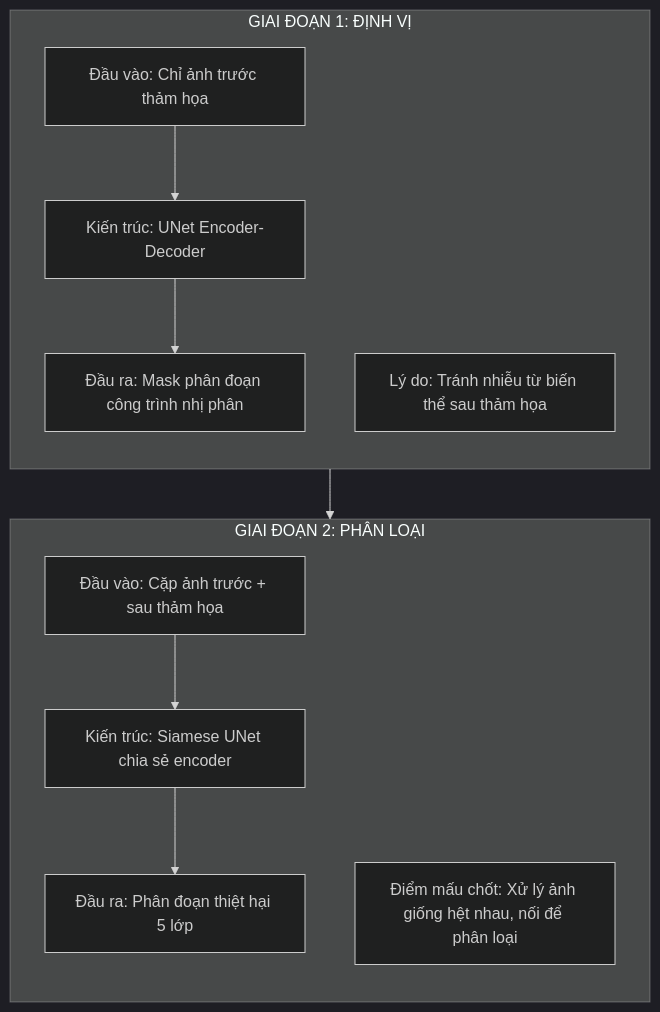
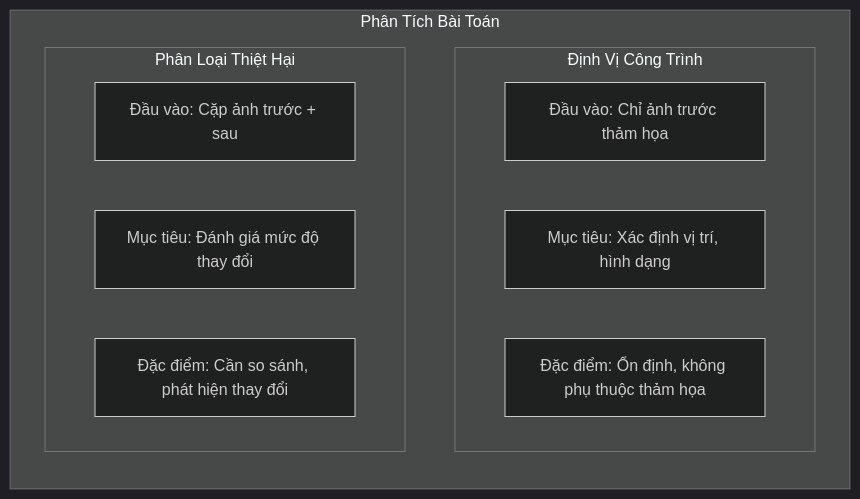
Before and after one commit to rerangst/geobayai_lab: the first of 5 diagrams in research/chuong-06-xview-challenges/muc-02-xview2-building-damage/02-giai-nhat.md, drawn with Mermaid (dark theme). The commit also changed other lines of this file and 18 other files, not shown here.

````diff
--- a/research/chuong-06-xview-challenges/muc-02-xview2-building-damage/02-giai-nhat.md
+++ b/research/chuong-06-xview-challenges/muc-02-xview2-building-damage/02-giai-nhat.md
@@ -82,24 +33,18 @@
 ```mermaid
 flowchart TB
-    subgraph STAGE1["GIAI ĐOẠN 1: ĐỊNH VỊ"]
+    subgraph INSIGHT["Phân Tích Bài Toán"]
         direction TB
-        S1_IN["Đầu vào: Chỉ ảnh trước thảm họa"]
-        S1_OUT["Đầu ra: Mask phân đoạn công trình nhị phân"]
-        S1_ARCH["Kiến trúc: UNet Encoder-Decoder"]
-        S1_REASON["Lý do: Tránh nhiễu từ biến thể sau thảm họa"]
 
-        S1_IN --> S1_ARCH --> S1_OUT
+        subgraph LOC["Định Vị Công Trình"]
+            L1["Đầu vào: Chỉ ảnh trước thảm họa"]
+            L2["Mục tiêu: Xác định vị trí, hình dạng"]
+            L3["Đặc điểm: Ổn định, không phụ thuộc thảm họa"]
+        end
+
+        subgraph CLS["Phân Loại Thiệt Hại"]
+            C1["Đầu vào: Cặp ảnh trước + sau"]
+            C2["Mục tiêu: Đánh giá mức độ thay đổi"]
+            C3["Đặc điểm: Cần so sánh, phát hiện thay đổi"]
+        end
     end
-
-    subgraph STAGE2["GIAI ĐOẠN 2: PHÂN LOẠI"]
-        direction TB
-        S2_IN["Đầu vào: Cặp ảnh trước + sau thảm họa"]
-        S2_OUT["Đầu ra: Phân đoạn thiệt hại 5 lớp"]
-        S2_ARCH["Kiến trúc: Siamese UNet chia sẻ encoder"]
-        S2_REASON["Điểm mấu chốt: Xử lý ảnh giống hệt nhau, nối để phân loại"]
-
-        S2_IN --> S2_ARCH --> S2_OUT
-    end
-
-    STAGE1 --> STAGE2
 ```
````
